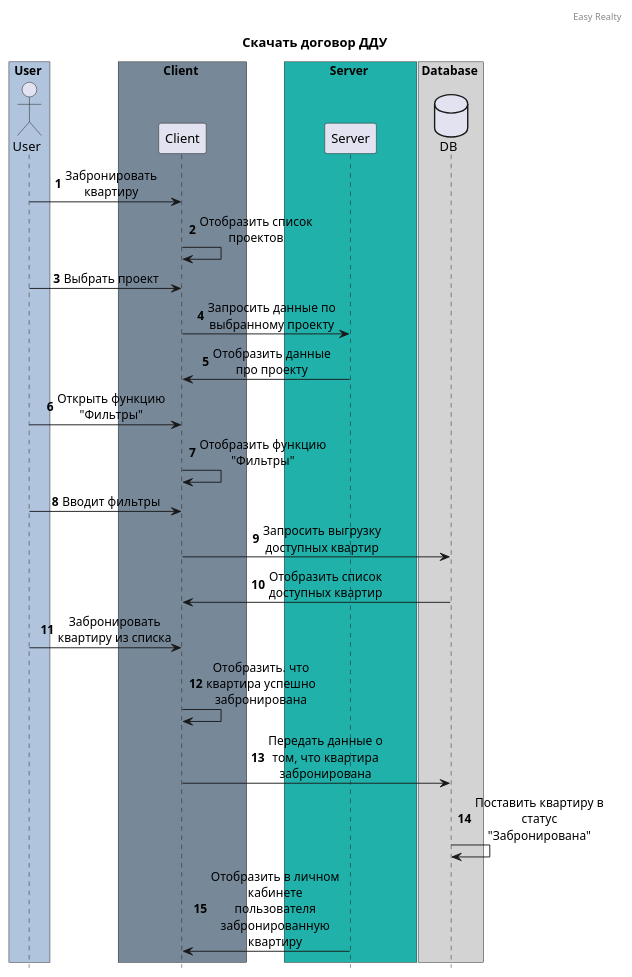
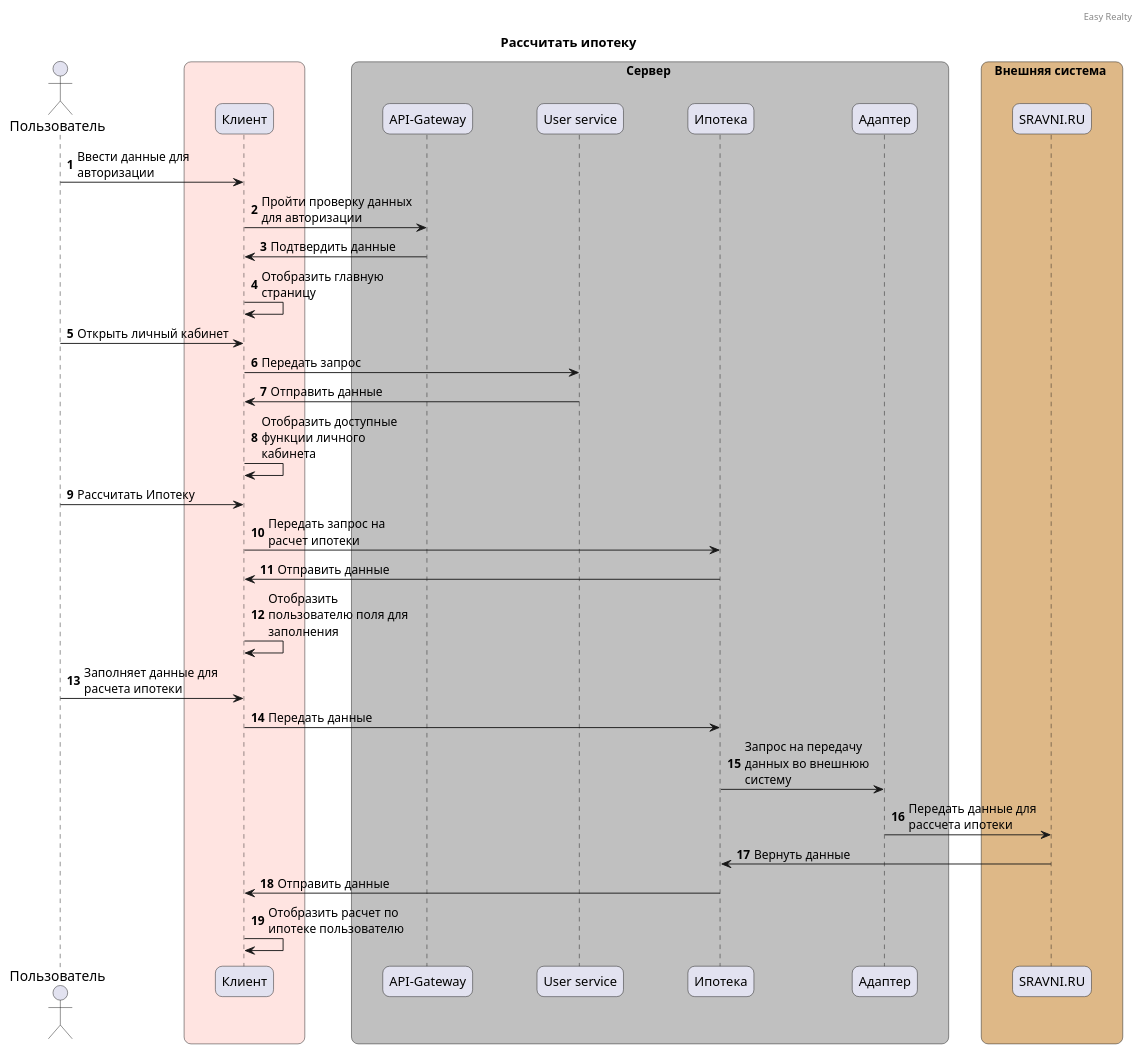
Before and after one commit to Varvarkae/AnalystBoost6: the diagram in easy realty 2.wsd, drawn with PlantUML. The commit also changed 1 other file, not shown here.

```diff
--- a/easy realty 2.wsd
+++ b/easy realty 2.wsd
@@ -1,45 +1,53 @@
 @startuml
 autonumber
-hide footbox
-skinparam Maxmessagesize 150
-skinparam sequence {
-MessageAlign center
-ParticipantPadding 40
+skinparam {
+Maxmessagesize 170
+Roundcorner 15
+ParticipantPadding 30
+BoxPadding 10
 DatabaseBackgroundColor Wheat
+ActorFontSize 15
 }
 
 
 header Easy Realty
-title Скачать договор ДДУ
+title Рассчитать ипотеку
 
 
-box User #LightSteelBlue
-Actor "User" as u order 10 
+Actor "Пользователь" as u order 10
+box #MistyRose
+Participant "Клиент" as c order 20
 end box
-box Client #LightSlateGray
-Participant "Client" as c order 20
+box Сервер #Silver
+Participant "API-Gateway" as api order 30
+Participant "Ипотека" as s order 40
+Participant "Адаптер" as ad order 50
+Participant "User service" as us order 30
 end box
-box Server #LightSeaGreen
-Participant "Server" as s order 30
-end box
-box Database #LightGrey
-database "DB" as dab order 40 
+box Внешняя система #BurlyWood
+Participant "SRAVNI.RU" as sr order 70
 end box
 
-u -> c: Забронировать квартиру
-c -> c: Отобразить список проектов 
-u -> c: Выбрать проект
-c -> s: Запросить данные по выбранному проекту
-s -> c: Отобразить данные про проекту
-u -> c: Открыть функцию "Фильтры"
-c -> c: Отобразить функцию "Фильтры"
-u -> c: Вводит фильтры
-c -> dab: Запросить выгрузку доступных квартир
-dab -> c: Отобразить список доступных квартир
-u -> c: Забронировать квартиру из списка
-c -> c: Отобразить. что квартира успешно забронирована
-c -> dab: Передать данные о том, что квартира забронирована
-dab -> dab: Поставить квартиру в статус "Забронирована"
-s -> c: Отобразить в личном кабинете пользователя забронированную квартиру
+
+u -> c: Ввести данные для авторизации
+c -> api: Пройти проверку данных для авторизации
+api -> c: Подтвердить данные
+c -> c: Отобразить главную страницу
+u -> c: Открыть личный кабинет
+c -> us: Передать запрос
+us -> c: Отправить данные
+c -> c: Отобразить доступные функции личного кабинета
+u -> c: Рассчитать Ипотеку
+c -> s: Передать запрос на расчет ипотеки
+s -> c: Отправить данные
+c -> c: Отобразить пользователю поля для заполнения
+u -> c: Заполняет данные для расчета ипотеки
+c -> s: Передать данные 
+s -> ad: Запрос на передачу данных во внешнюю систему
+ad -> sr: Передать данные для рассчета ипотеки
+sr -> s: Вернуть данные
+s -> c: Отправить данные
+c -> c: Отобразить расчет по ипотеке пользователю 
+
 
 @enduml
```
